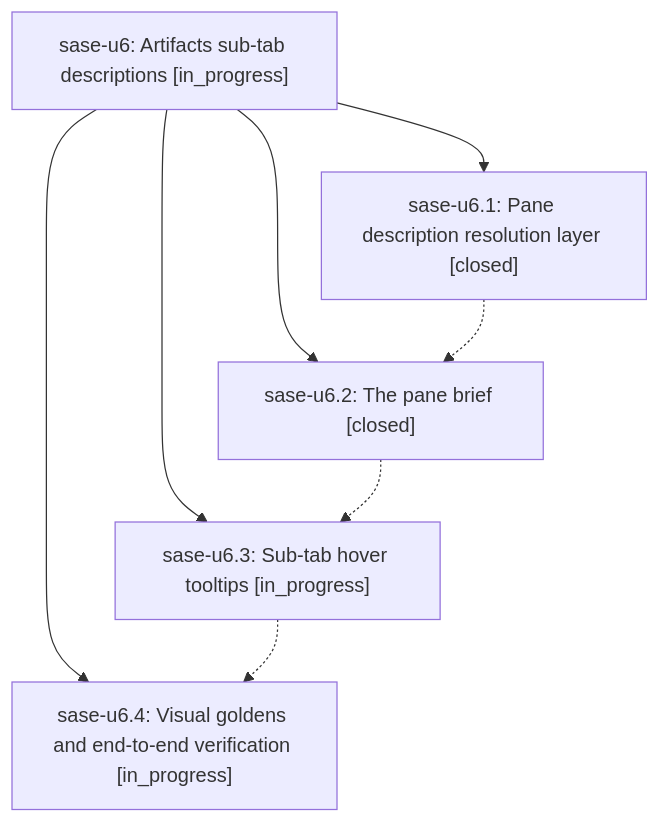
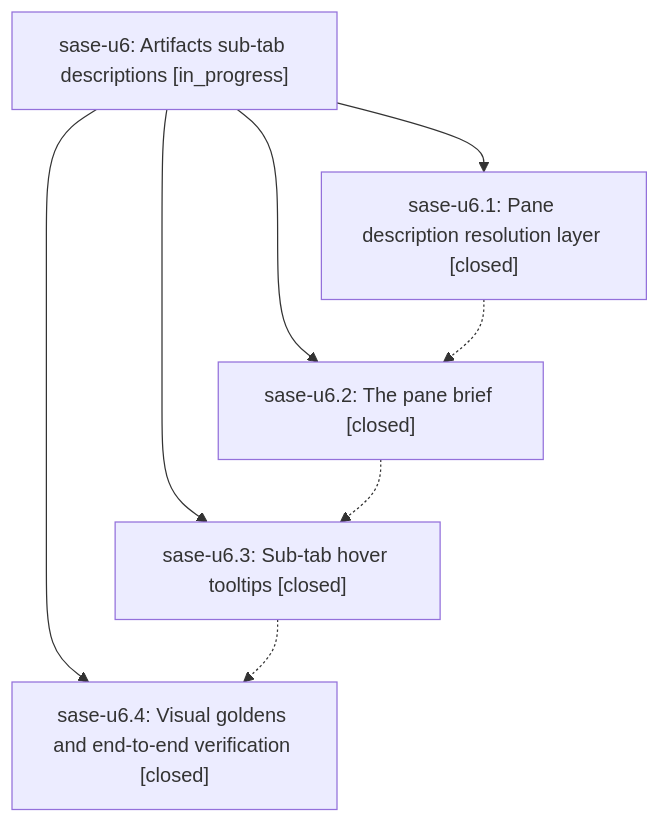
One commit to sase-org/sase--beads changed the diagram in pages/sase-u6/README.md. Above: the diagram before and after it, drawn with Mermaid. The commit also changed other lines of this file and 3 other files, not shown here.

````diff
--- a/pages/sase-u6/README.md
+++ b/pages/sase-u6/README.md
@@ -45,15 +45,15 @@
 ```mermaid
 flowchart TD
     n0["sase-u6: Artifacts sub-tab descriptions [in_progress]"]
     n1["sase-u6.1: Pane description resolution layer [closed]"]
     n2["sase-u6.2: The pane brief [closed]"]
-    n3["sase-u6.3: Sub-tab hover tooltips [in_progress]"]
-    n4["sase-u6.4: Visual goldens and end-to-end verification [in_progress]"]
+    n3["sase-u6.3: Sub-tab hover tooltips [closed]"]
+    n4["sase-u6.4: Visual goldens and end-to-end verification [closed]"]
     n0 --> n1
     n0 --> n2
     n0 --> n3
     n0 --> n4
     n1 -.-> n2
     n2 -.-> n3
     n3 -.-> n4
 ```
````
